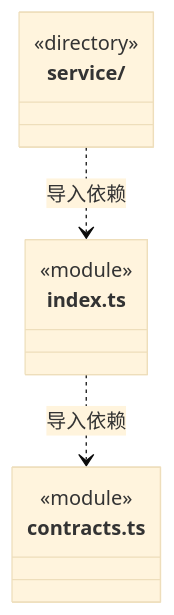
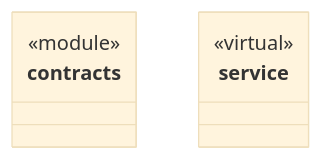
One commit to nan023062/cbim changed the diagram in src/logic/web/ARCHITECTURE.md. Above: the diagram before and after it, drawn with Mermaid (base theme). The commit also changed other lines of this file and 158 other files, not shown here.

Commit message:
docs: model architecture through nested virtual encapsulations

````diff
--- a/src/logic/web/ARCHITECTURE.md
+++ b/src/logic/web/ARCHITECTURE.md
@@ -52,14 +21,11 @@
 ```mermaid
 classDiagram
-class N_src_logic_web_service["service/"] {
-  <<directory>>
-}
-class N_src_logic_web_contracts_ts["contracts.ts"] {
+class N_0c808ca0fa94["contracts"] {
   <<module>>
 }
-class N_src_logic_web_index_ts["index.ts"] {
-  <<module>>
+click N_0c808ca0fa94 href "contracts.ts"
+class N_143cb20828d1["service"] {
+  <<virtual>>
 }
-N_src_logic_web_index_ts ..> N_src_logic_web_contracts_ts : 导入依赖
-N_src_logic_web_service ..> N_src_logic_web_index_ts : 导入依赖
+click N_143cb20828d1 href "service/ARCHITECTURE.md"
 ```
````
